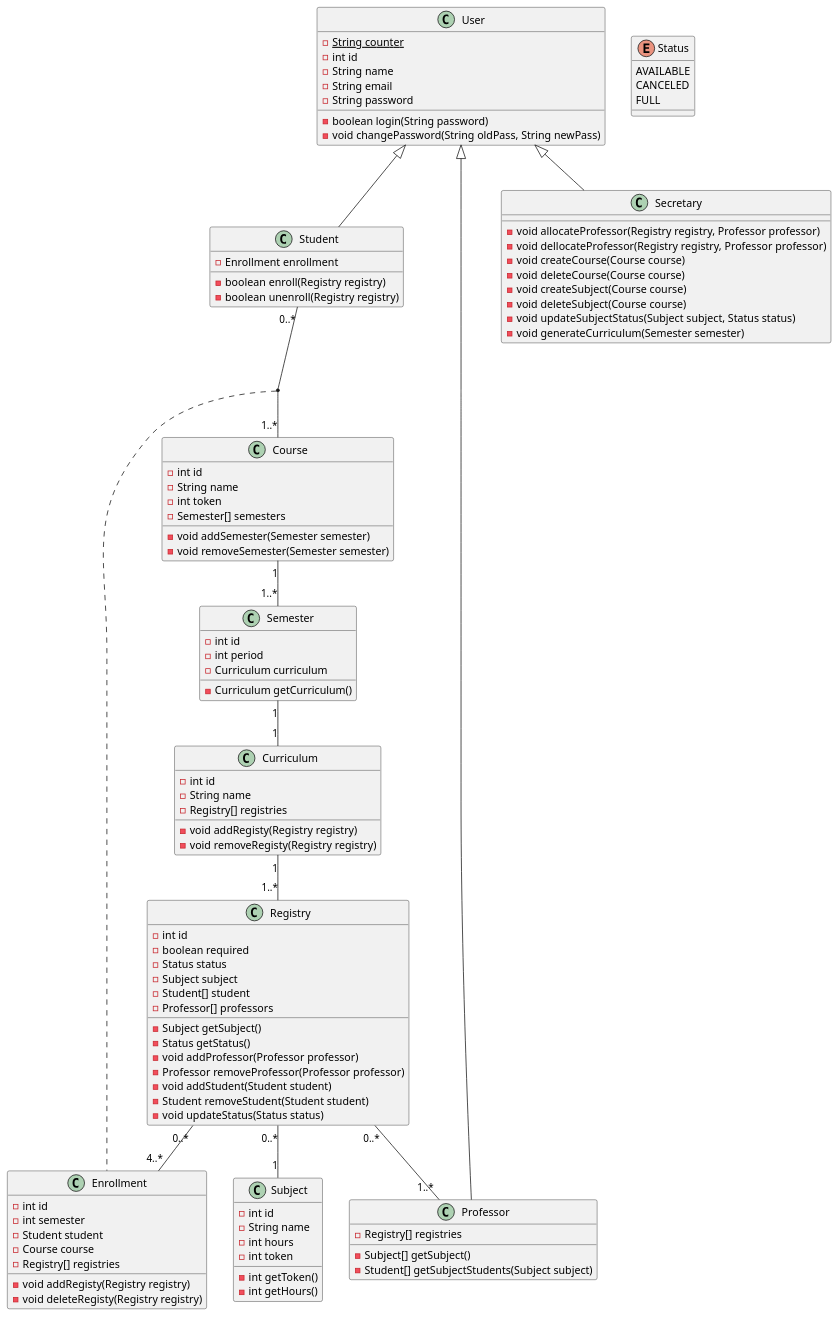
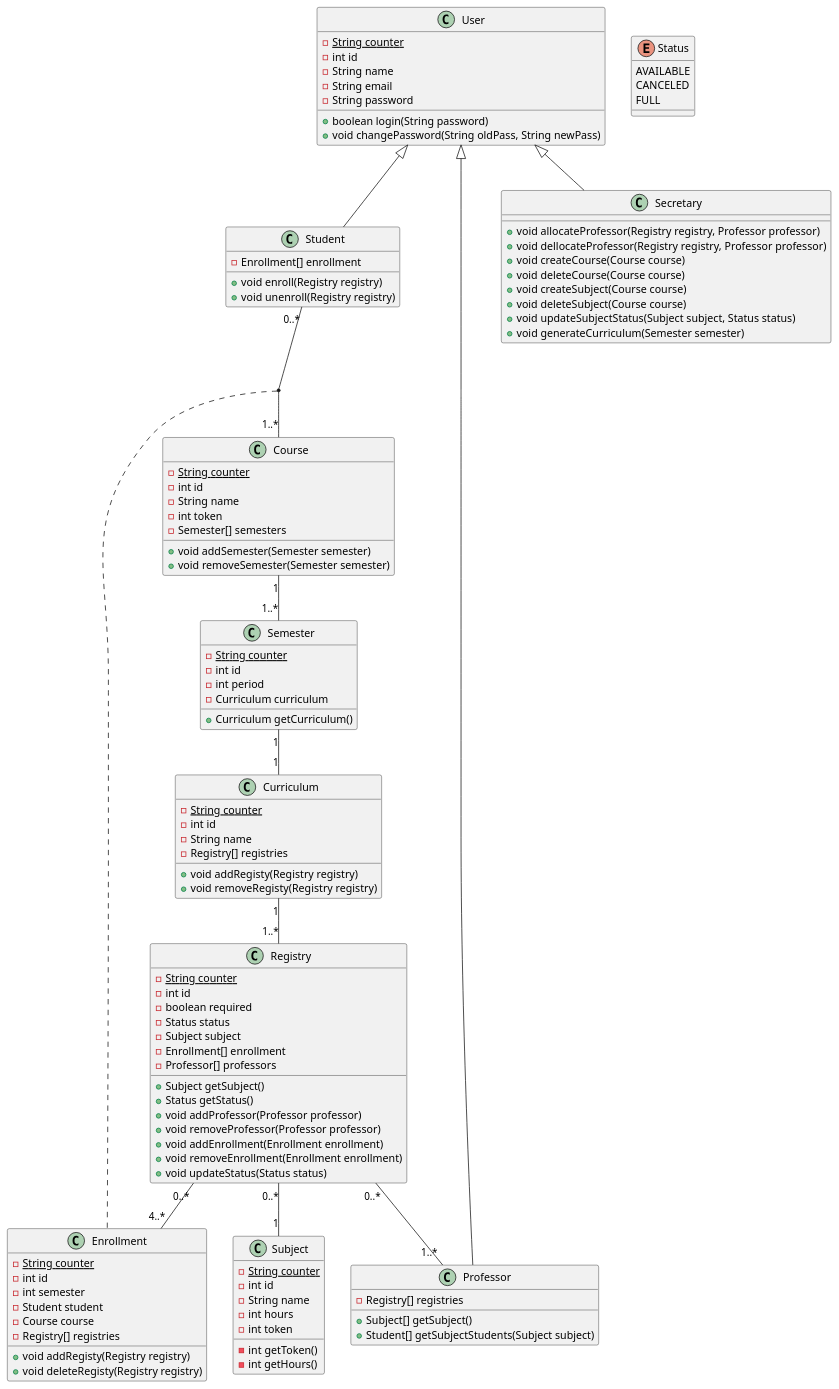
Before and after one commit to migueltico2/laboratorio-de-desenvolvimento-de-software: the diagram in projeto 1/project/classDiagram.plantuml, drawn with PlantUML. The commit also changed 10 other files, not shown here.

```diff
--- a/projeto 1/project/classDiagram.plantuml
+++ b/projeto 1/project/classDiagram.plantuml
@@ -1,105 +1,111 @@
 @startuml
 
 class User {
     -{static} String counter
     -int id
     -String name
     -String email
     -String password
-    -boolean login(String password)
-    -void changePassword(String oldPass, String newPass)
+    +boolean login(String password)
+    +void changePassword(String oldPass, String newPass)
 }
 class Student {
-    -Enrollment enrollment
-    -boolean enroll(Registry registry)
-    -boolean unenroll(Registry registry)
+    -Enrollment[] enrollment
+    +void enroll(Registry registry)
+    +void unenroll(Registry registry)
 }
 class Professor {
     -Registry[] registries
-    -Subject[] getSubject()
-    -Student[] getSubjectStudents(Subject subject)
+    +Subject[] getSubject()
+    +Student[] getSubjectStudents(Subject subject)
 }
 class Secretary {
-    -void allocateProfessor(Registry registry, Professor professor)
-    -void dellocateProfessor(Registry registry, Professor professor)
-    -void createCourse(Course course)
-    -void deleteCourse(Course course)
-    -void createSubject(Course course)
-    -void deleteSubject(Course course)
-    -void updateSubjectStatus(Subject subject, Status status)
-    -void generateCurriculum(Semester semester)
+    +void allocateProfessor(Registry registry, Professor professor)
+    +void dellocateProfessor(Registry registry, Professor professor)
+    +void createCourse(Course course)
+    +void deleteCourse(Course course)
+    +void createSubject(Course course)
+    +void deleteSubject(Course course)
+    +void updateSubjectStatus(Subject subject, Status status)
+    +void generateCurriculum(Semester semester)
 }
 class Enrollment {
+    -{static} String counter
     -int id
     -int semester
     -Student student
     -Course course
     -Registry[] registries
-    -void addRegisty(Registry registry)
-    -void deleteRegisty(Registry registry)
+    +void addRegisty(Registry registry)
+    +void deleteRegisty(Registry registry)
 }
 class Course {
+    -{static} String counter
     -int id
     -String name
     -int token
     -Semester[] semesters
-    -void addSemester(Semester semester)
-    -void removeSemester(Semester semester)
+    +void addSemester(Semester semester)
+    +void removeSemester(Semester semester)
 }
 class Semester {
+    -{static} String counter
     -int id
     -int period
     -Curriculum curriculum
-    -Curriculum getCurriculum()
+    +Curriculum getCurriculum()
 }
 class Curriculum {
+    -{static} String counter
     -int id
     -String name
     -Registry[] registries
-    -void addRegisty(Registry registry)
-    -void removeRegisty(Registry registry)
+    +void addRegisty(Registry registry)
+    +void removeRegisty(Registry registry)
 }
 class Subject {
+    -{static} String counter
     -int id
     -String name
     -int hours
     -int token
     -int getToken()
     -int getHours()
 }
 class Registry {
+    -{static} String counter
     -int id
     -boolean required
     -Status status
     -Subject subject
-    -Student[] student
+    -Enrollment[] enrollment
     -Professor[] professors
-    -Subject getSubject()
-    -Status getStatus()
-    -void addProfessor(Professor professor)
-    -Professor removeProfessor(Professor professor)
-    -void addStudent(Student student)
-    -Student removeStudent(Student student)
-    -void updateStatus(Status status)
+    +Subject getSubject()
+    +Status getStatus()
+    +void addProfessor(Professor professor)
+    +void removeProfessor(Professor professor)
+    +void addEnrollment(Enrollment enrollment)
+    +void removeEnrollment(Enrollment enrollment)
+    +void updateStatus(Status status)
 }
 
 enum Status {
     AVAILABLE
     CANCELED
     FULL
 }
 
 User <|-- Student
 User <|-- Professor
 User <|-- Secretary
 
 Course "1" -- "1..*" Semester
 Semester "1" -- "1" Curriculum
 Curriculum "1" -- "1..*" Registry
 Registry "0..*" -- "1" Subject
 Student "0..*" -- "1..*" Course
 (Student, Course) . Enrollment
 Registry "0..*" -- "4..*" Enrollment
 Registry "0..*" -- "1..*" Professor
 
 @enduml
```
